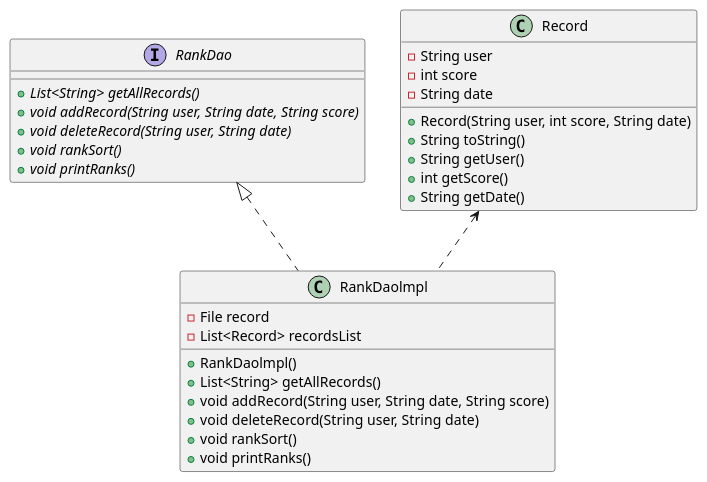
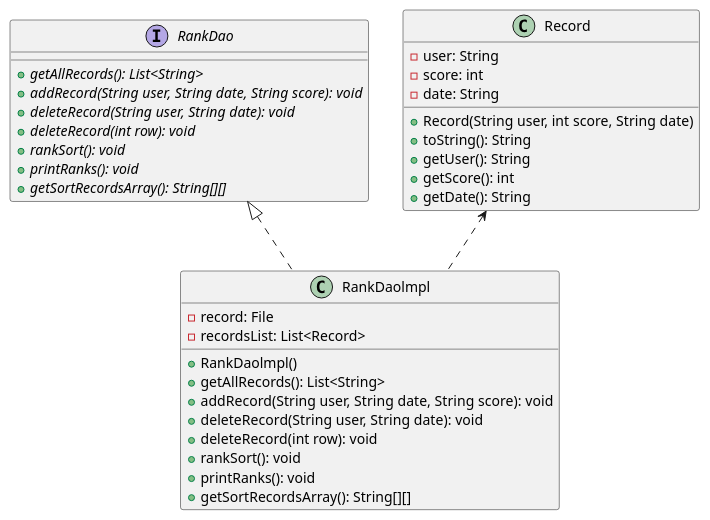
One commit to Jin-zd/AircraftWar changed the diagram in uml/DAO.puml. Above: the diagram before and after it, drawn with PlantUML. The commit also changed 15 other files, not shown here.

```diff
--- a/uml/DAO.puml
+++ b/uml/DAO.puml
@@ -1,38 +1,43 @@
 @startuml
 'https://plantuml.com/sequence-diagram
 
 interface RankDao {
-    + {abstract} List<String> getAllRecords()
-    + {abstract} void addRecord(String user, String date, String score)
-    + {abstract} void deleteRecord(String user, String date)
-    + {abstract} void rankSort()
-    + {abstract} void printRanks()
+    + {abstract} getAllRecords(): List<String>
+    + {abstract} addRecord(String user, String date, String score): void
+    + {abstract} deleteRecord(String user, String date): void
+    + {abstract} deleteRecord(int row): void
+    + {abstract} rankSort(): void
+    + {abstract} printRanks(): void
+    + {abstract} getSortRecordsArray(): String[][]
+
 }
 
 class RankDaolmpl {
-    - File record
-    - List<Record> recordsList
+    - record: File
+    - recordsList: List<Record>
 
     + RankDaolmpl()
-    + List<String> getAllRecords()
-    + void addRecord(String user, String date, String score)
-    + void deleteRecord(String user, String date)
-    + void rankSort()
-    + void printRanks()
+    + getAllRecords(): List<String>
+    + addRecord(String user, String date, String score): void
+    + deleteRecord(String user, String date): void
+    + deleteRecord(int row): void
+    + rankSort(): void
+    + printRanks(): void
+    + getSortRecordsArray(): String[][]
 }
 
 RankDao <|.. RankDaolmpl
 
 class Record {
-    - String user
-    - int score
-    - String date
+    - user: String
+    - score: int
+    - date: String
     + Record(String user, int score, String date)
-    + String toString()
-    + String getUser()
-    + int getScore()
-    + String getDate()
+    + toString(): String
+    + getUser(): String
+    + getScore(): int
+    + getDate(): String
 }
 
 Record <.. RankDaolmpl
 @enduml
```
